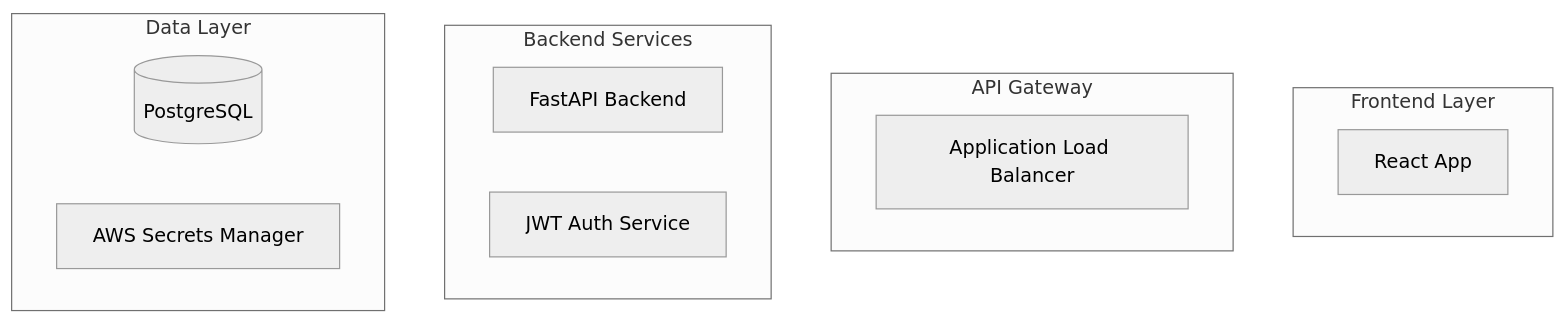
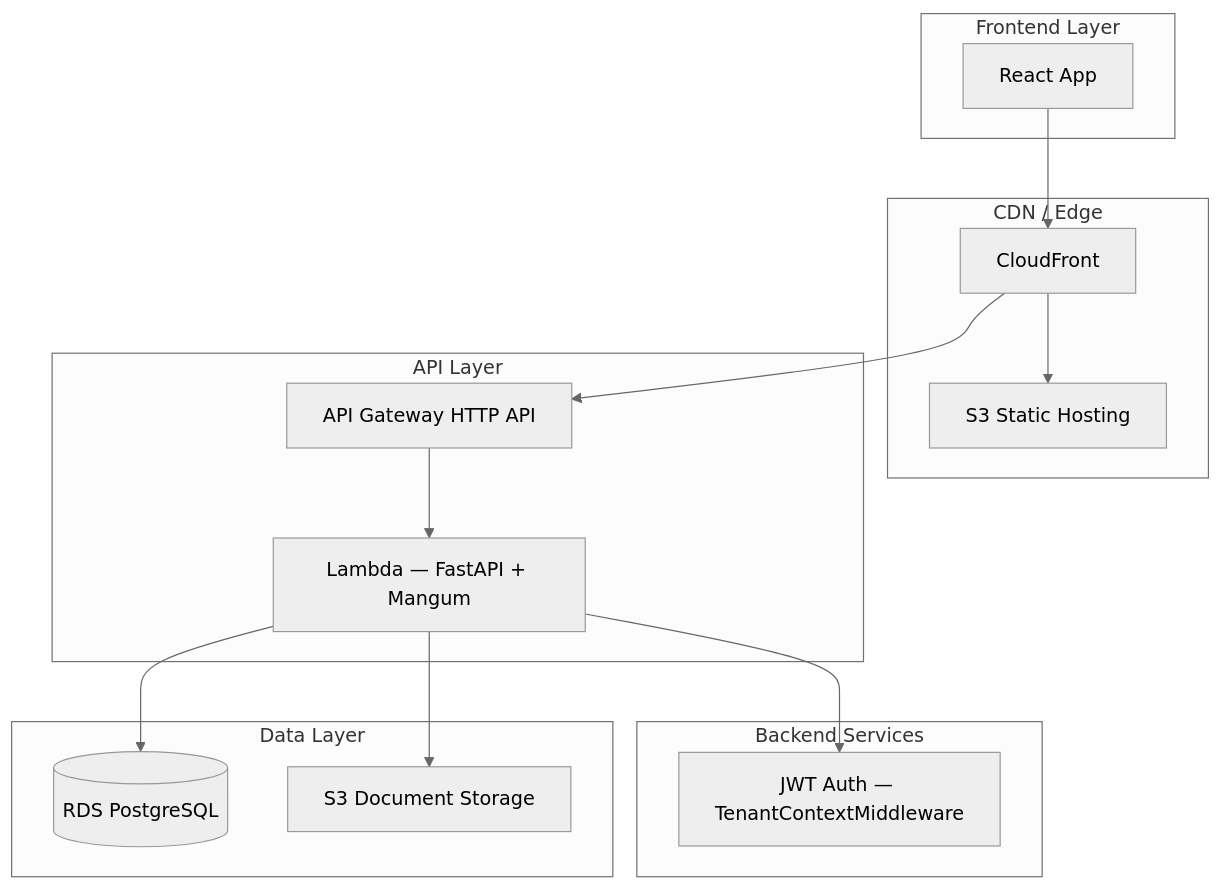
The first of 2 diagrams in README.md (forumans/Enterprise_AI_HealthCare_Application), drawn with Mermaid (neutral theme) before and after one commit. The commit also changed other lines of this file and 11 other files, not shown here.

````diff
--- a/README.md
+++ b/README.md
@@ -56,20 +56,33 @@
 ```mermaid
 graph TB
     subgraph "Frontend Layer"
         React[React App]
     end
-    
-    subgraph "API Gateway"
-        ALB[Application Load Balancer]
+
+    subgraph "CDN / Edge"
+        CF[CloudFront]
+        S3[S3 Static Hosting]
     end
-    
+
+    subgraph "API Layer"
+        APIGW[API Gateway HTTP API]
+        Lambda[Lambda — FastAPI + Mangum]
+    end
+
     subgraph "Backend Services"
-        FastAPI[FastAPI Backend]
-        Auth[JWT Auth Service]
+        Auth[JWT Auth — TenantContextMiddleware]
     end
-    
+
     subgraph "Data Layer"
-        RDS[(PostgreSQL)]
-        Secrets[AWS Secrets Manager]
+        RDS[(RDS PostgreSQL)]
+        S3Docs[S3 Document Storage]
     end
+
+    React --> CF
+    CF --> S3
+    CF --> APIGW
+    APIGW --> Lambda
+    Lambda --> Auth
+    Lambda --> RDS
+    Lambda --> S3Docs
 ```
````
